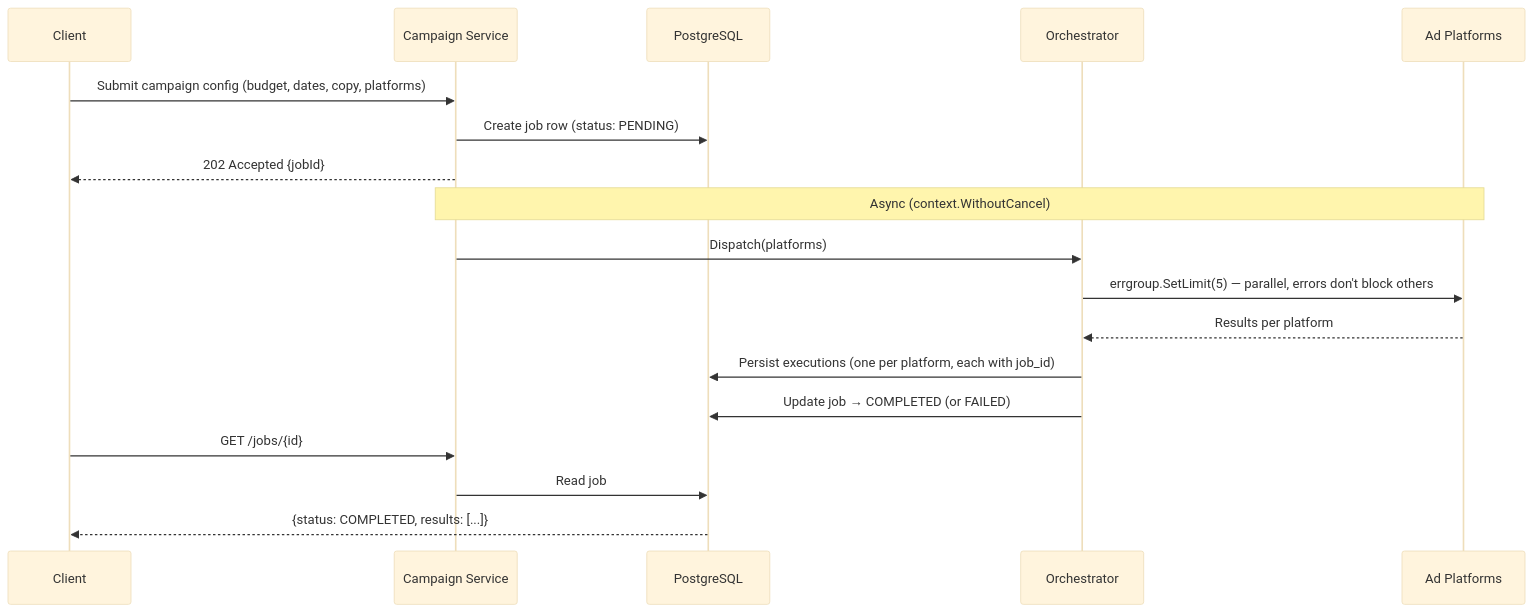
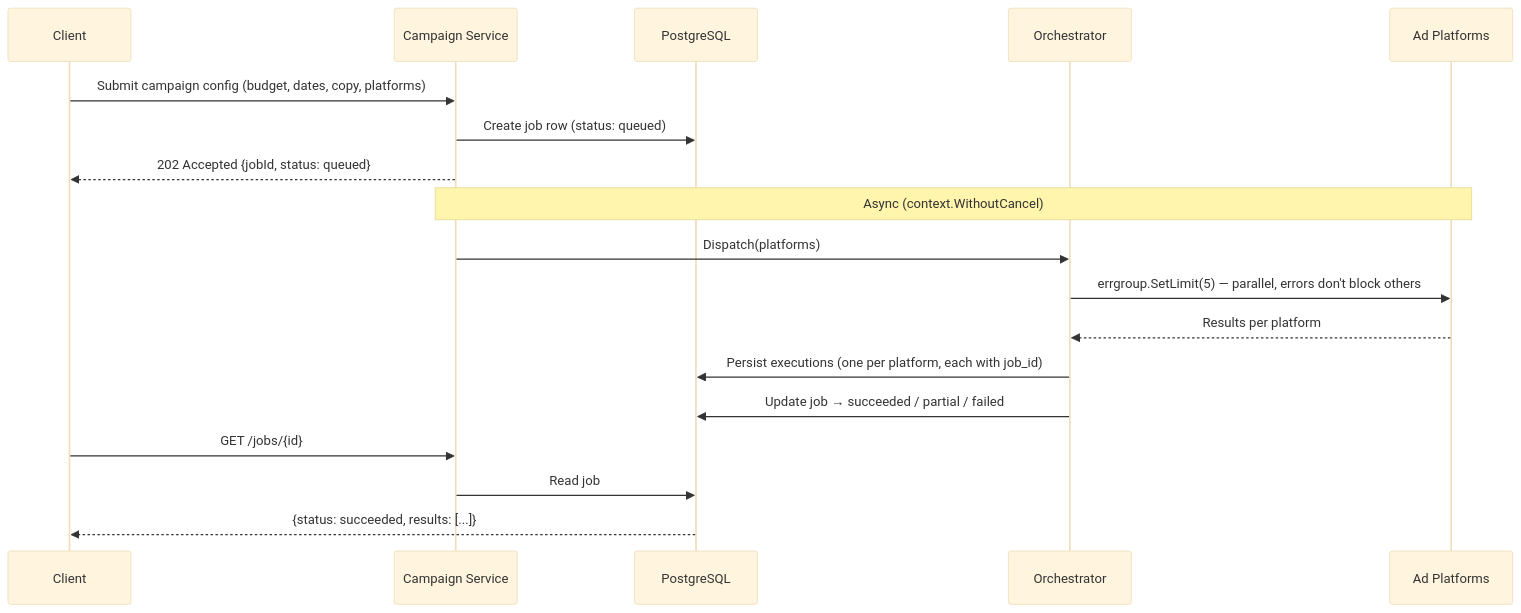
The fourth of 8 diagrams in docs/architecture.md (linuxfoundation/lfx-v2-campaign-service), drawn with Mermaid (base theme) before and after one commit. The commit also changed 3 other files, not shown here.

First line of the commit message:
docs: align job-status vocab and connection path tokens

````diff
--- a/docs/architecture.md
+++ b/docs/architecture.md
@@ -192,24 +192,24 @@
 ```mermaid
 sequenceDiagram
     participant C as Client
     participant S as Campaign Service
     participant PG as PostgreSQL
     participant O as Orchestrator
     participant P as Ad Platforms
 
     C->>S: Submit campaign config (budget, dates, copy, platforms)
-    S->>PG: Create job row (status: PENDING)
-    S-->>C: 202 Accepted {jobId}
+    S->>PG: Create job row (status: queued)
+    S-->>C: 202 Accepted {jobId, status: queued}
 
     Note over S,P: Async (context.WithoutCancel)
 
     S->>O: Dispatch(platforms)
     O->>P: errgroup.SetLimit(5) — parallel, errors don't block others
     P-->>O: Results per platform
     O->>PG: Persist executions (one per platform, each with job_id)
-    O->>PG: Update job → COMPLETED (or FAILED)
+    O->>PG: Update job → succeeded / partial / failed
 
     C->>S: GET /jobs/{id}
     S->>PG: Read job
-    PG-->>C: {status: COMPLETED, results: [...]}
+    PG-->>C: {status: succeeded, results: [...]}
 ```
````
